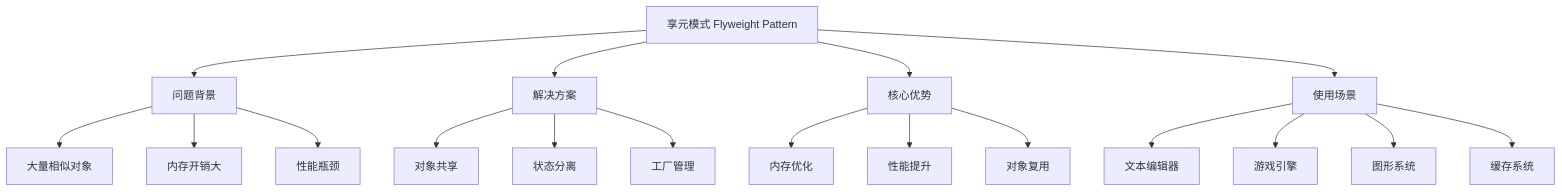
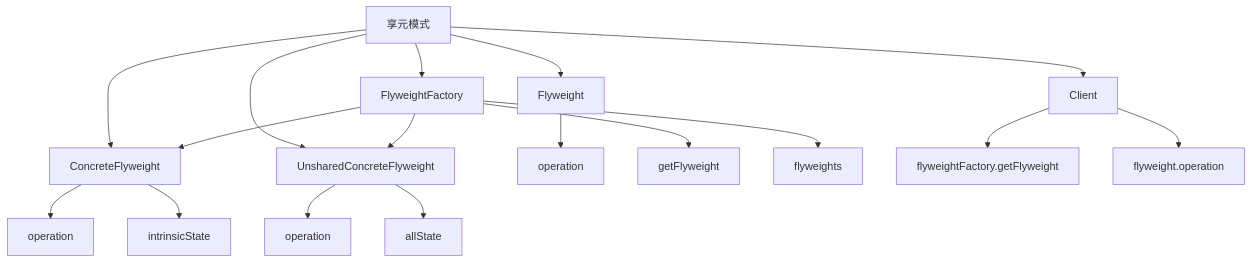
Before and after one commit to Anping2017/obsidian: the diagram in 计算机/编程基础/设计模式/04-结构型模式/07-享元模式.md, drawn with Mermaid. The commit also changed other lines of this file and 622 other files, not shown here.

````diff
--- a/计算机/编程基础/设计模式/04-结构型模式/07-享元模式.md
+++ b/计算机/编程基础/设计模式/04-结构型模式/07-享元模式.md
@@ -8,24 +8,25 @@
 ```mermaid
 graph TD
-    A[享元模式 Flyweight Pattern] --> B[问题背景]
-    A --> C[解决方案]
-    A --> D[核心优势]
-    A --> E[使用场景]
+    A[享元模式] --> B[Flyweight]
+    A --> C[ConcreteFlyweight]
+    A --> D[UnsharedConcreteFlyweight]
+    A --> E[FlyweightFactory]
+    A --> F[Client]
     
-    B --> B1[大量相似对象]
-    B --> B2[内存开销大]
-    B --> B3[性能瓶颈]
+    B --> B1[operation]
     
-    C --> C1[对象共享]
-    C --> C2[状态分离]
-    C --> C3[工厂管理]
+    C --> C1[operation]
+    C --> C2[intrinsicState]
     
-    D --> D1[内存优化]
-    D --> D2[性能提升]
-    D --> D3[对象复用]
+    D --> D1[operation]
+    D --> D2[allState]
     
-    E --> E1[文本编辑器]
-    E --> E2[游戏引擎]
-    E --> E3[图形系统]
-    E --> E4[缓存系统]
+    E --> E1[getFlyweight]
+    E --> E2[flyweights]
+    
+    F --> F1[flyweightFactory.getFlyweight]
+    F --> F2[flyweight.operation]
+    
+    E --> C
+    E --> D
 ```
````
